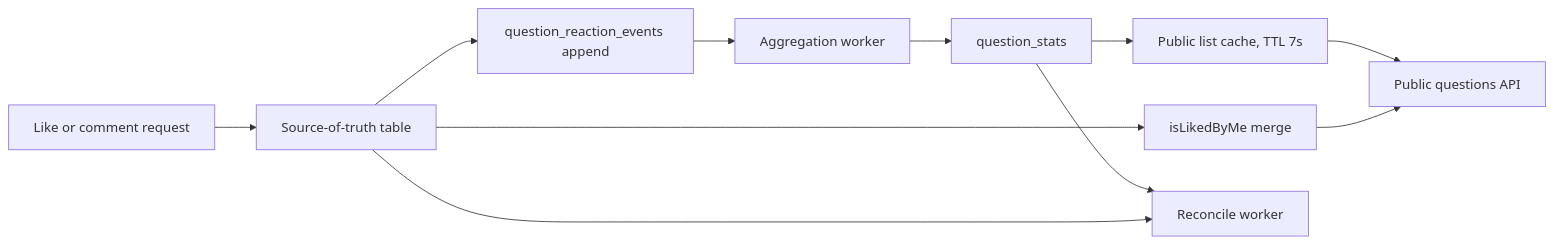
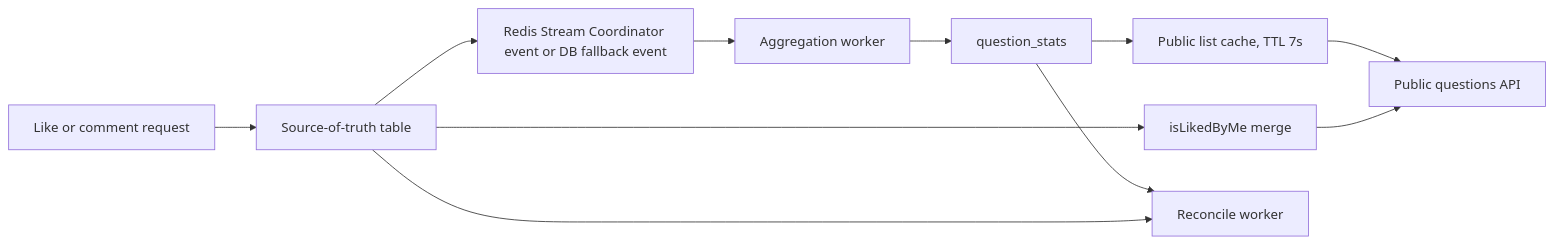
The diagram in docs/REACTION_AGGREGATION.md (ghkdqhrbals/buddy-studdy), drawn with Mermaid before and after one commit. The commit also changed other lines of this file and 7 other files, not shown here.

Commit message:
Use Redis Stream Coordinator for reaction aggregation

````diff
--- a/docs/REACTION_AGGREGATION.md
+++ b/docs/REACTION_AGGREGATION.md
@@ -28,13 +28,13 @@
 ```mermaid
 flowchart LR
   A["Like or comment request"] --> B["Source-of-truth table"]
-  B --> C["question_reaction_events append"]
+  B --> C["Redis Stream Coordinator event or DB fallback event"]
   C --> D["Aggregation worker"]
   D --> E["question_stats"]
   E --> F["Public list cache, TTL 7s"]
   F --> G["Public questions API"]
   B --> H["isLikedByMe merge"]
   H --> G
   E --> I["Reconcile worker"]
   B --> I
 ```
````
